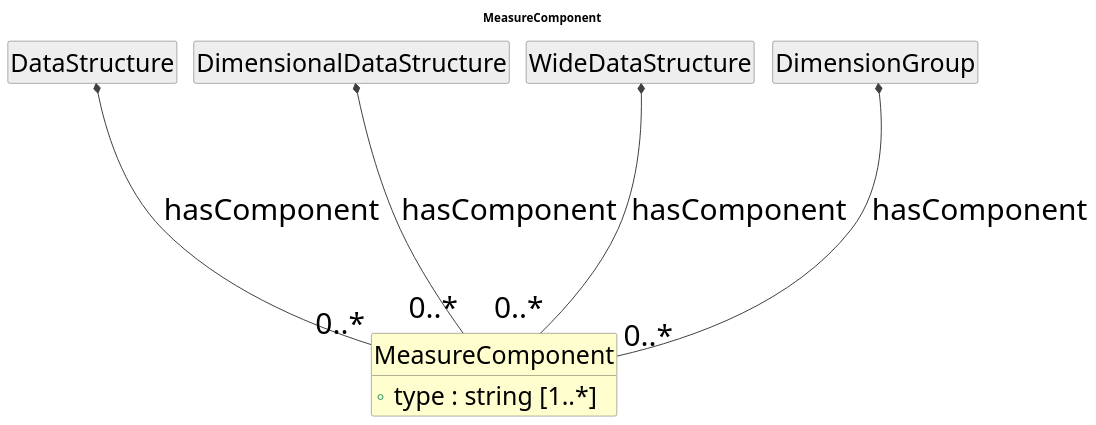
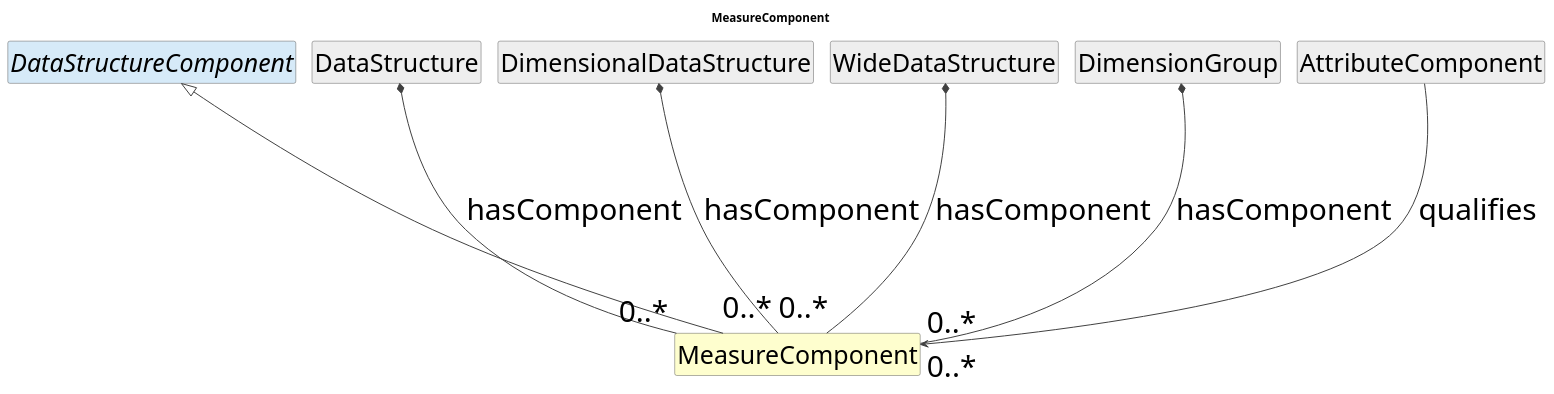
The diagram in cdif-uml-model/DiscoveryDataDescriptionStructure/Classes/MeasureComponent.pu (Cross-Domain-Interoperability-Framework/metadataBuildingBlocks), drawn with PlantUML before and after one commit. The commit also changed 500 other files, not shown here.

First line of the commit message:
Regenerate model browser for restored DataStructure content

```diff
--- a/cdif-uml-model/DiscoveryDataDescriptionStructure/Classes/MeasureComponent.pu
+++ b/cdif-uml-model/DiscoveryDataDescriptionStructure/Classes/MeasureComponent.pu
@@ -1,29 +1,31 @@
 @startuml
 title MeasureComponent
 hide circle
 hide empty members
 skinparam shadowing false
 skinparam ArrowThickness 1.2
 skinparam ranksep 250
 skinparam nodesep 20
 skinparam defaultFontSize 36
 skinparam class {
   ArrowColor #404040
   BorderColor #404040
   FontSize 36
   AttributeFontSize 30
 }
 
-class "MeasureComponent" as MeasureComponent #FEFECE {
-  +type : string [1..*]
-}
+class "MeasureComponent" as MeasureComponent #FEFECE
+abstract class "DataStructureComponent" as DataStructureComponent #D6EAF8
+DataStructureComponent <|-- MeasureComponent
 class "DataStructure" as DataStructure #EEEEEE
 DataStructure *-- "0..*" MeasureComponent : hasComponent
 class "DimensionalDataStructure" as DimensionalDataStructure #EEEEEE
 DimensionalDataStructure *-- "0..*" MeasureComponent : hasComponent
 class "WideDataStructure" as WideDataStructure #EEEEEE
 WideDataStructure *-- "0..*" MeasureComponent : hasComponent
 class "DimensionGroup" as DimensionGroup #EEEEEE
 DimensionGroup *-- "0..*" MeasureComponent : hasComponent
+class "AttributeComponent" as AttributeComponent #EEEEEE
+AttributeComponent --> "0..*" MeasureComponent : qualifies
 
 @enduml
```
